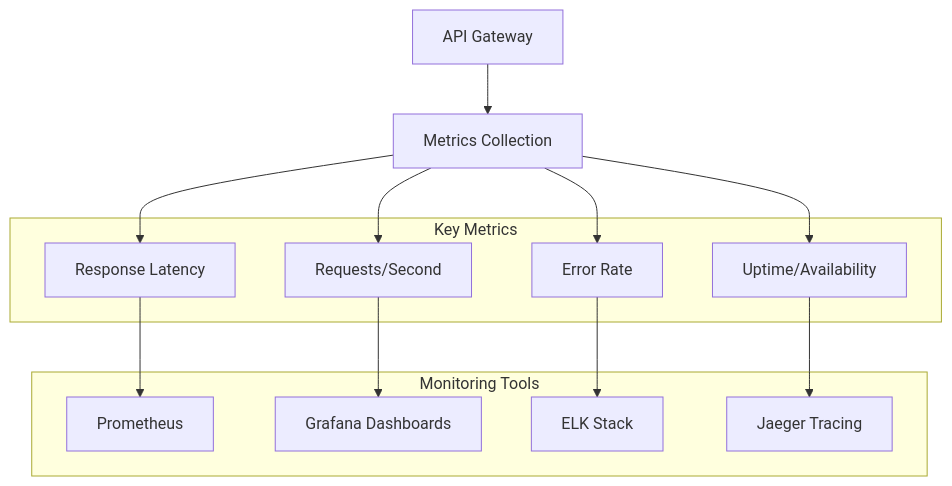
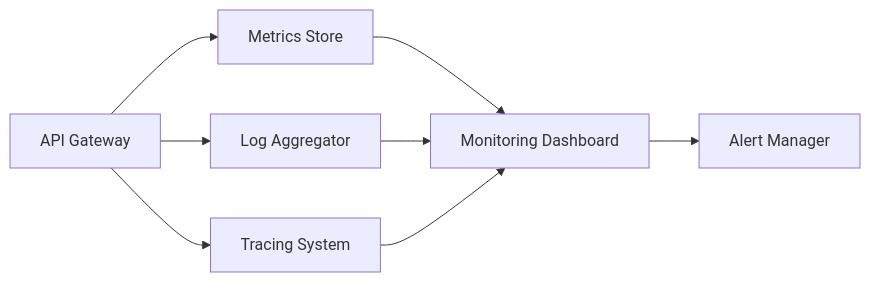
Before and after one commit to Ritahchanger/system_design: the seventh of 7 diagrams in api-gateways/README.md, drawn with Mermaid. The commit also changed other lines of this file and 8 other files, not shown here.

Commit message:
Add comprehensive API Gateway documentation: architecture, routing, caching, scaling, security, monitoring, patterns, and pros/cons

````diff
--- a/api-gateways/README.md
+++ b/api-gateways/README.md
@@ -555,28 +247,12 @@
 ```mermaid
-graph TB
-    Gateway[API Gateway] --> Metrics[Metrics Collection]
+graph LR
+    Gateway[API Gateway] --> Metrics[Metrics Store]
+    Gateway --> Logs[Log Aggregator]
+    Gateway --> Traces[Tracing System]
     
-    subgraph "Key Metrics"
-        Latency[Response Latency]
-        Throughput[Requests/Second]
-        ErrorRate[Error Rate]
-        Availability[Uptime/Availability]
-    end
+    Metrics --> Dashboard[Monitoring Dashboard]
+    Logs --> Dashboard
+    Traces --> Dashboard
     
-    subgraph "Monitoring Tools"
-        Prometheus[Prometheus]
-        Grafana[Grafana Dashboards]
-        ELK[ELK Stack]
-        Jaeger[Jaeger Tracing]
-    end
-    
-    Metrics --> Latency
-    Metrics --> Throughput
-    Metrics --> ErrorRate
-    Metrics --> Availability
-    
-    Latency --> Prometheus
-    Throughput --> Grafana
-    ErrorRate --> ELK
-    Availability --> Jaeger
+    Dashboard --> Alerts[Alert Manager]
 ```
````
